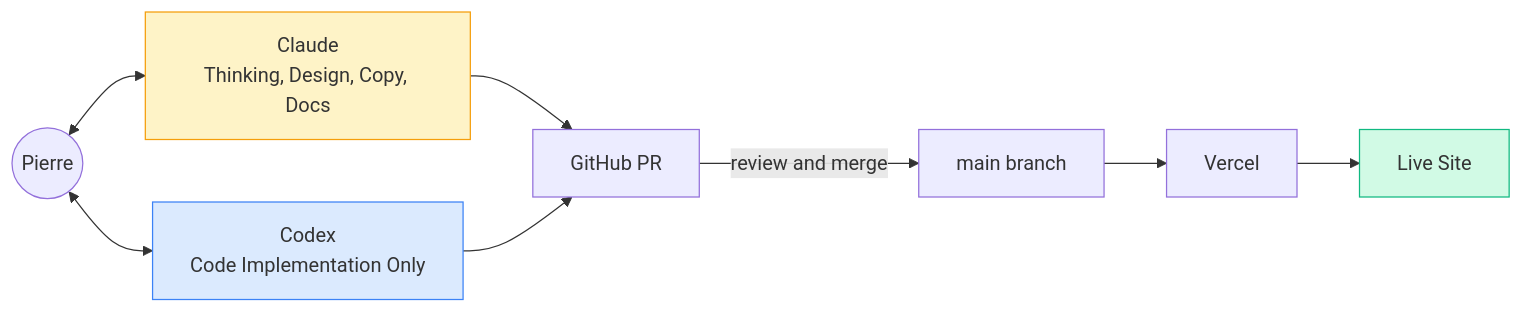
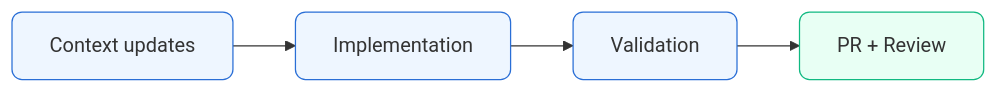
One commit to belonsavon-sys/portfolio changed the diagram in README.md. Above: the diagram before and after it, drawn with Mermaid. The commit also changed other lines of this file and 12 other files, not shown here.

````diff
--- a/README.md
+++ b/README.md
@@ -76,22 +35,10 @@
 ```mermaid
 flowchart LR
-    Pierre((Pierre))
-    Claude["Claude<br/>Thinking, Design, Copy, Docs"]
-    Codex["Codex<br/>Code Implementation Only"]
-    PR[GitHub PR]
-    Main[main branch]
-    Vercel[Vercel]
-    Live[Live Site]
-
-    Pierre <--> Claude
-    Pierre <--> Codex
-    Claude --> PR
-    Codex --> PR
-    PR -->|review and merge| Main
-    Main --> Vercel
-    Vercel --> Live
-
-    style Claude fill:#fef3c7,stroke:#f59e0b
-    style Codex fill:#dbeafe,stroke:#3b82f6
-    style Live fill:#d1fae5,stroke:#10b981
+  A[Context updates] --> B[Implementation]
+  B --> C[Validation]
+  C --> D[PR + Review]
+  style A fill:#eef6ff,stroke:#296ed6,rx:8,ry:8
+  style B fill:#eef6ff,stroke:#296ed6,rx:8,ry:8
+  style C fill:#eef6ff,stroke:#296ed6,rx:8,ry:8
+  style D fill:#e8fff4,stroke:#10b981,rx:8,ry:8
 ```
````
